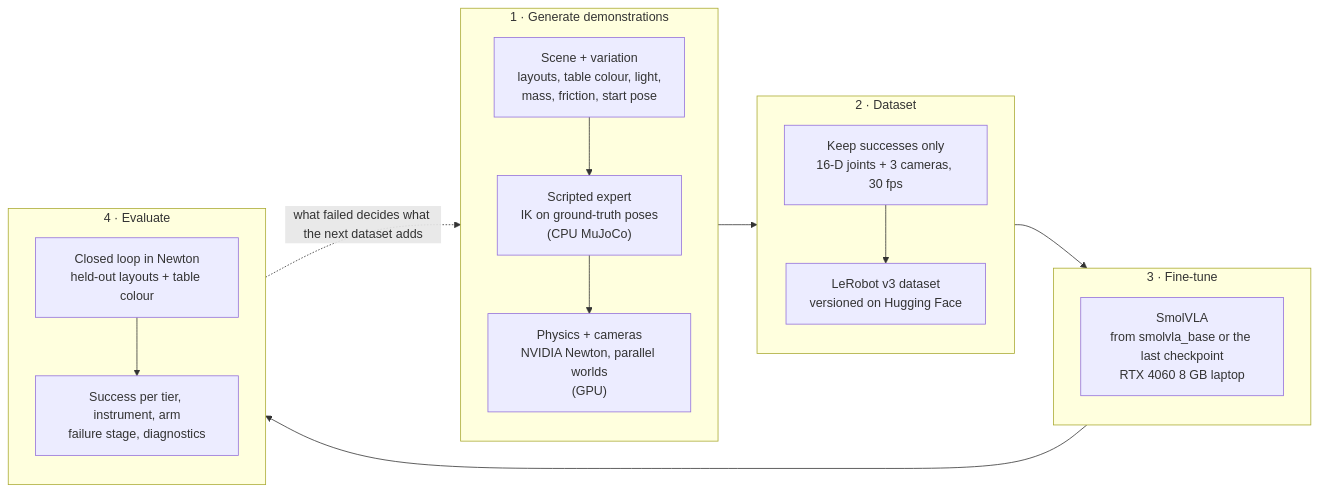
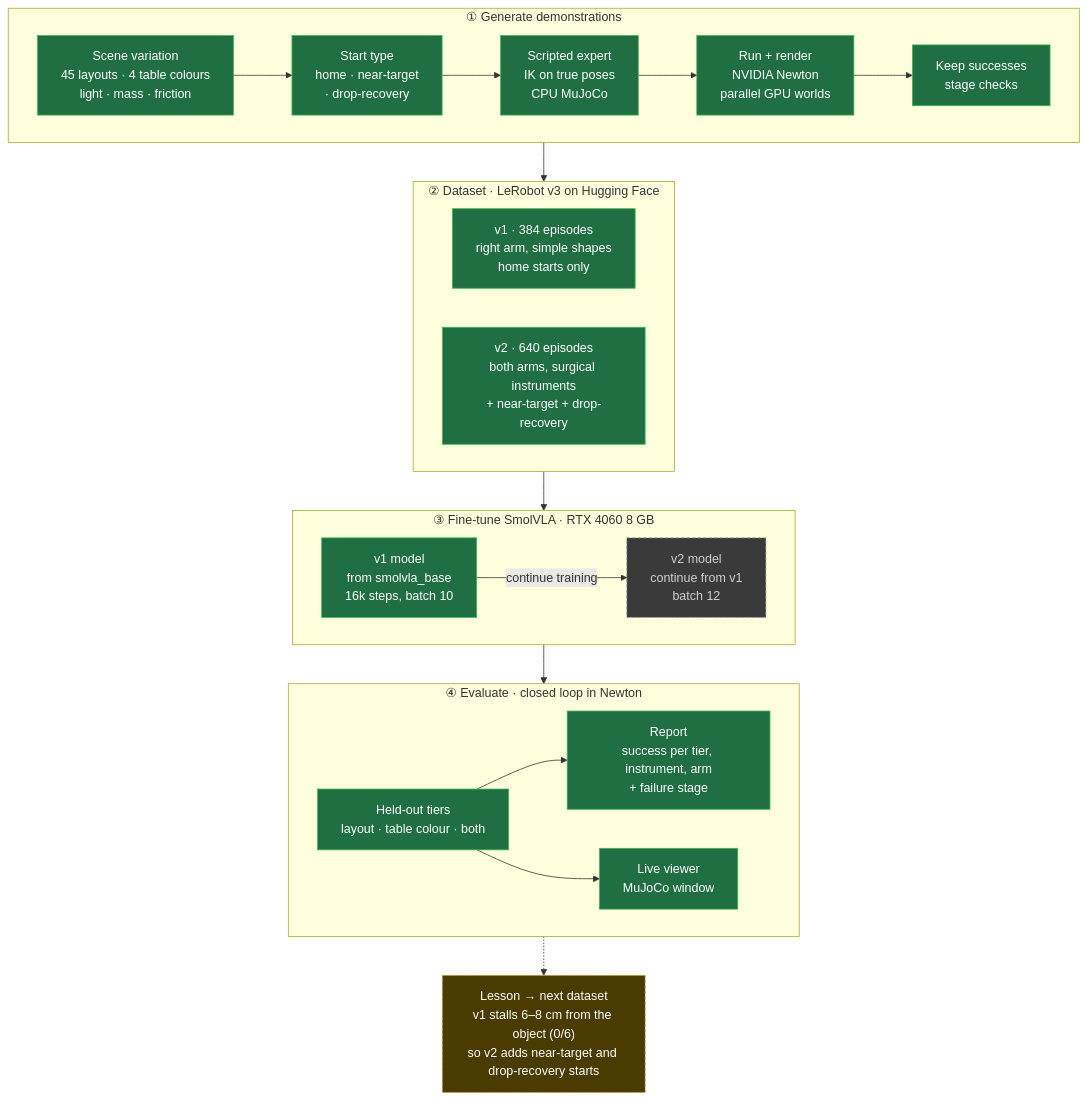
One commit to aravinds1610/mujoco_cathlab_vla changed the diagram in README.md. Above: the diagram before and after it, drawn with Mermaid. The commit also changed other lines of this file, not shown here.

Commit message:
README: flowchart matches the current pipeline (start types, v1/v2 datasets and models, eval tiers), top-down layout

````diff
--- a/README.md
+++ b/README.md
@@ -5,27 +5,40 @@
 ```mermaid
-flowchart LR
-    subgraph GEN["1 · Generate demonstrations"]
-        direction TB
-        S["Scene + variation<br/>layouts, table colour, light,<br/>mass, friction, start pose"]
-        E["Scripted expert<br/>IK on ground-truth poses<br/>(CPU MuJoCo)"]
-        P["Physics + cameras<br/>NVIDIA Newton, parallel worlds<br/>(GPU)"]
-        S --> E --> P
+flowchart TB
+    subgraph GEN["① Generate demonstrations"]
+        direction LR
+        S["Scene variation<br/>45 layouts · 4 table colours<br/>light · mass · friction"]
+        ST["Start type<br/>home · near-target<br/>· drop-recovery"]
+        E["Scripted expert<br/>IK on true poses<br/>CPU MuJoCo"]
+        P["Run + render<br/>NVIDIA Newton<br/>parallel GPU worlds"]
+        K["Keep successes<br/>stage checks"]
+        S --> ST --> E --> P --> K
     end
-    subgraph DATA["2 · Dataset"]
-        direction TB
-        F["Keep successes only<br/>16-D joints + 3 cameras, 30 fps"]
-        L["LeRobot v3 dataset<br/>versioned on Hugging Face"]
-        F --> L
+    subgraph DATA["② Dataset · LeRobot v3 on Hugging Face"]
+        direction LR
+        D1["v1 · 384 episodes<br/>right arm, simple shapes<br/>home starts only"]
+        D2["v2 · 640 episodes<br/>both arms, surgical instruments<br/>+ near-target + drop-recovery"]
     end
-    subgraph TRAIN["3 · Fine-tune"]
-        T["SmolVLA<br/>from smolvla_base or the last checkpoint<br/>RTX 4060 8 GB laptop"]
+    subgraph TRAIN["③ Fine-tune SmolVLA · RTX 4060 8 GB"]
+        direction LR
+        T1["v1 model<br/>from smolvla_base<br/>16k steps, batch 10"]
+        T2["v2 model<br/>continue from v1<br/>batch 12"]
     end
-    subgraph EVAL["4 · Evaluate"]
-        direction TB
-        V["Closed loop in Newton<br/>held-out layouts + table colour"]
-        M["Success per tier, instrument, arm<br/>failure stage, diagnostics"]
-        V --> M
+    subgraph EVAL["④ Evaluate · closed loop in Newton"]
+        direction LR
+        V["Held-out tiers<br/>layout · table colour · both"]
+        R["Report<br/>success per tier, instrument, arm<br/>+ failure stage"]
+        W["Live viewer<br/>MuJoCo window"]
+        V --> R
+        V --> W
     end
+    T1 -- "continue training" --> T2
     GEN --> DATA --> TRAIN --> EVAL
-    EVAL -. "what failed decides what the next dataset adds" .-> GEN
+    EVAL -.-> L["Lesson → next dataset<br/>v1 stalls 6–8 cm from the object (0/6)<br/>so v2 adds near-target and drop-recovery starts"]
+
+    classDef done fill:#1f6f43,stroke:#3fb950,color:#ffffff
+    classDef note fill:#4a3b00,stroke:#d29922,color:#ffffff,stroke-dasharray:4 3
+    class L note
+    classDef todo fill:#3a3a3a,stroke:#8b949e,color:#d0d0d0,stroke-dasharray:4 3
+    class S,ST,E,P,K,D1,D2,T1,V,R,W done
+    class T2 todo
 ```
````
